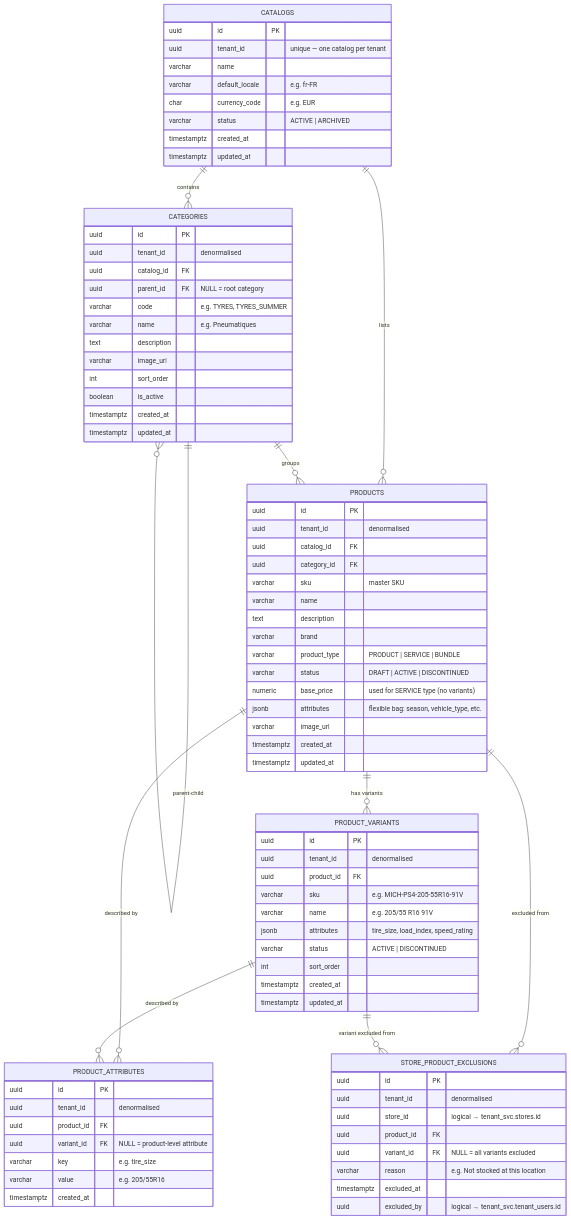
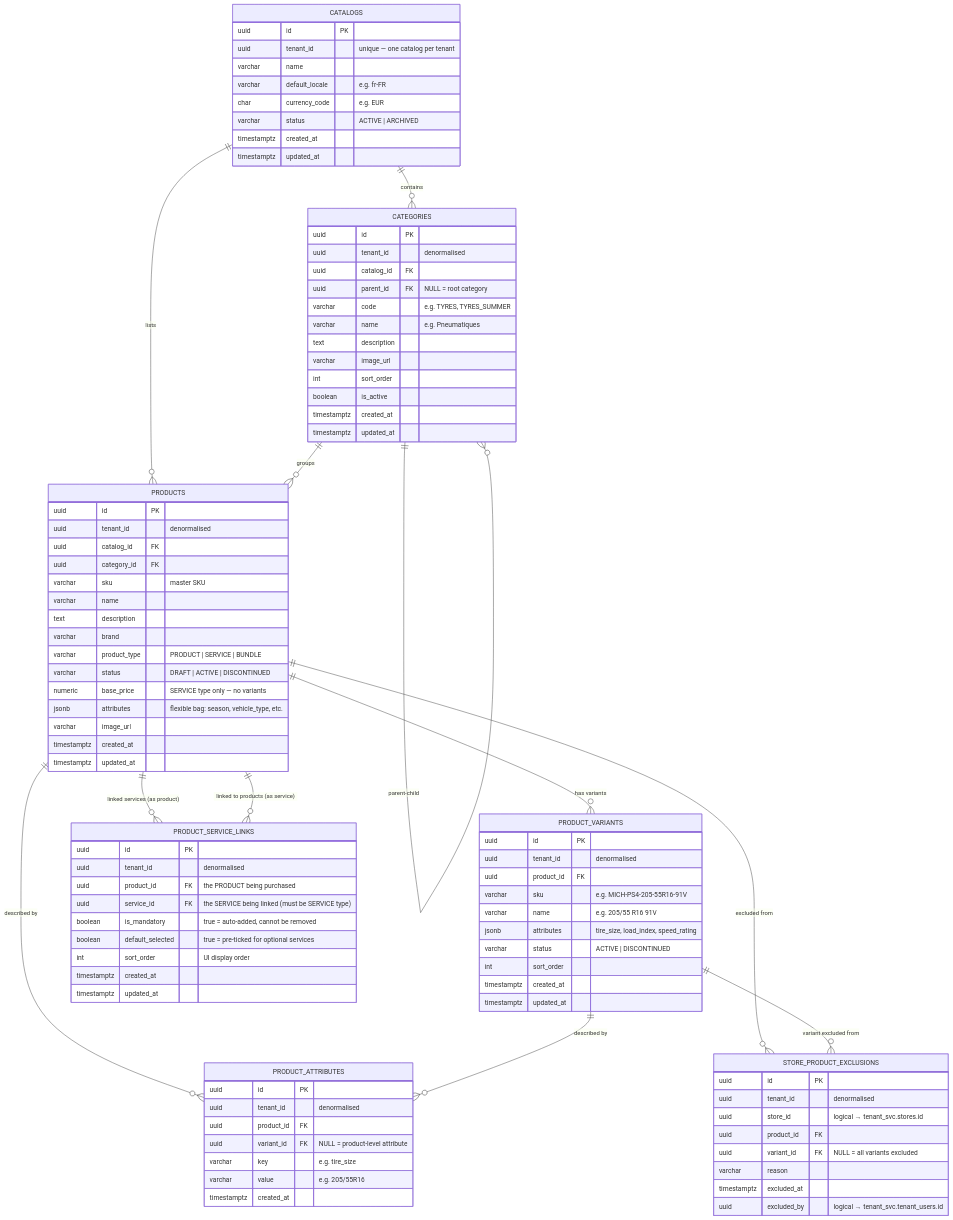
The diagram in eComm/eCommDataModel/catalog-domain.md (sumitjuyal/ecommerce-platform), drawn with Mermaid before and after one commit. The commit also changed other lines of this file and 1 other file, not shown here.

First line of the commit message:
Add product_service_links — mandatory and optional service associations

````diff
--- a/eComm/eCommDataModel/catalog-domain.md
+++ b/eComm/eCommDataModel/catalog-domain.md
@@ -21,15 +69,17 @@
 ```mermaid
 erDiagram
 
-  CATALOGS          ||--o{ CATEGORIES             : "contains"
-  CATEGORIES        ||--o{ CATEGORIES             : "parent-child"
-  CATALOGS          ||--o{ PRODUCTS               : "lists"
-  CATEGORIES        ||--o{ PRODUCTS               : "groups"
-  PRODUCTS          ||--o{ PRODUCT_VARIANTS        : "has variants"
-  PRODUCTS          ||--o{ PRODUCT_ATTRIBUTES      : "described by"
-  PRODUCT_VARIANTS  ||--o{ PRODUCT_ATTRIBUTES      : "described by"
-  PRODUCTS          ||--o{ STORE_PRODUCT_EXCLUSIONS: "excluded from"
-  PRODUCT_VARIANTS  ||--o{ STORE_PRODUCT_EXCLUSIONS: "variant excluded from"
+  CATALOGS          ||--o{ CATEGORIES              : "contains"
+  CATEGORIES        ||--o{ CATEGORIES              : "parent-child"
+  CATALOGS          ||--o{ PRODUCTS                : "lists"
+  CATEGORIES        ||--o{ PRODUCTS                : "groups"
+  PRODUCTS          ||--o{ PRODUCT_VARIANTS         : "has variants"
+  PRODUCTS          ||--o{ PRODUCT_ATTRIBUTES       : "described by"
+  PRODUCT_VARIANTS  ||--o{ PRODUCT_ATTRIBUTES       : "described by"
+  PRODUCTS          ||--o{ PRODUCT_SERVICE_LINKS    : "linked services (as product)"
+  PRODUCTS          ||--o{ PRODUCT_SERVICE_LINKS    : "linked to products (as service)"
+  PRODUCTS          ||--o{ STORE_PRODUCT_EXCLUSIONS : "excluded from"
+  PRODUCT_VARIANTS  ||--o{ STORE_PRODUCT_EXCLUSIONS : "variant excluded from"
 
   CATALOGS {
     uuid        id PK
@@ -68,7 +118,7 @@
     varchar     brand
     varchar     product_type          "PRODUCT | SERVICE | BUNDLE"
     varchar     status                "DRAFT | ACTIVE | DISCONTINUED"
-    numeric     base_price            "used for SERVICE type (no variants)"
+    numeric     base_price            "SERVICE type only — no variants"
     jsonb       attributes            "flexible bag: season, vehicle_type, etc."
     varchar     image_url
     timestamptz created_at
@@ -98,13 +148,25 @@
     timestamptz created_at
   }
 
+  PRODUCT_SERVICE_LINKS {
+    uuid        id PK
+    uuid        tenant_id             "denormalised"
+    uuid        product_id FK         "the PRODUCT being purchased"
+    uuid        service_id FK         "the SERVICE being linked (must be SERVICE type)"
+    boolean     is_mandatory          "true = auto-added, cannot be removed"
+    boolean     default_selected      "true = pre-ticked for optional services"
+    int         sort_order            "UI display order"
+    timestamptz created_at
+    timestamptz updated_at
+  }
+
   STORE_PRODUCT_EXCLUSIONS {
     uuid        id PK
     uuid        tenant_id             "denormalised"
     uuid        store_id              "logical → tenant_svc.stores.id"
     uuid        product_id FK
     uuid        variant_id FK         "NULL = all variants excluded"
-    varchar     reason                "e.g. Not stocked at this location"
+    varchar     reason
     timestamptz excluded_at
     uuid        excluded_by           "logical → tenant_svc.tenant_users.id"
   }
````
